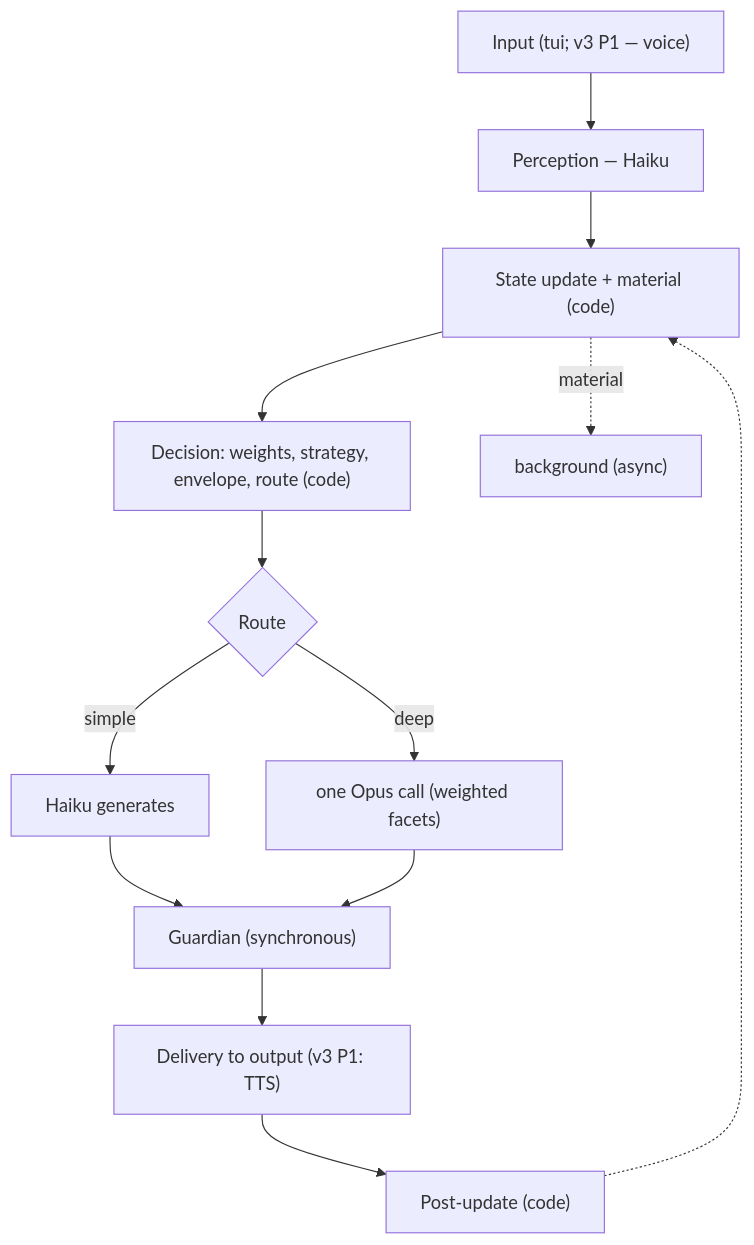
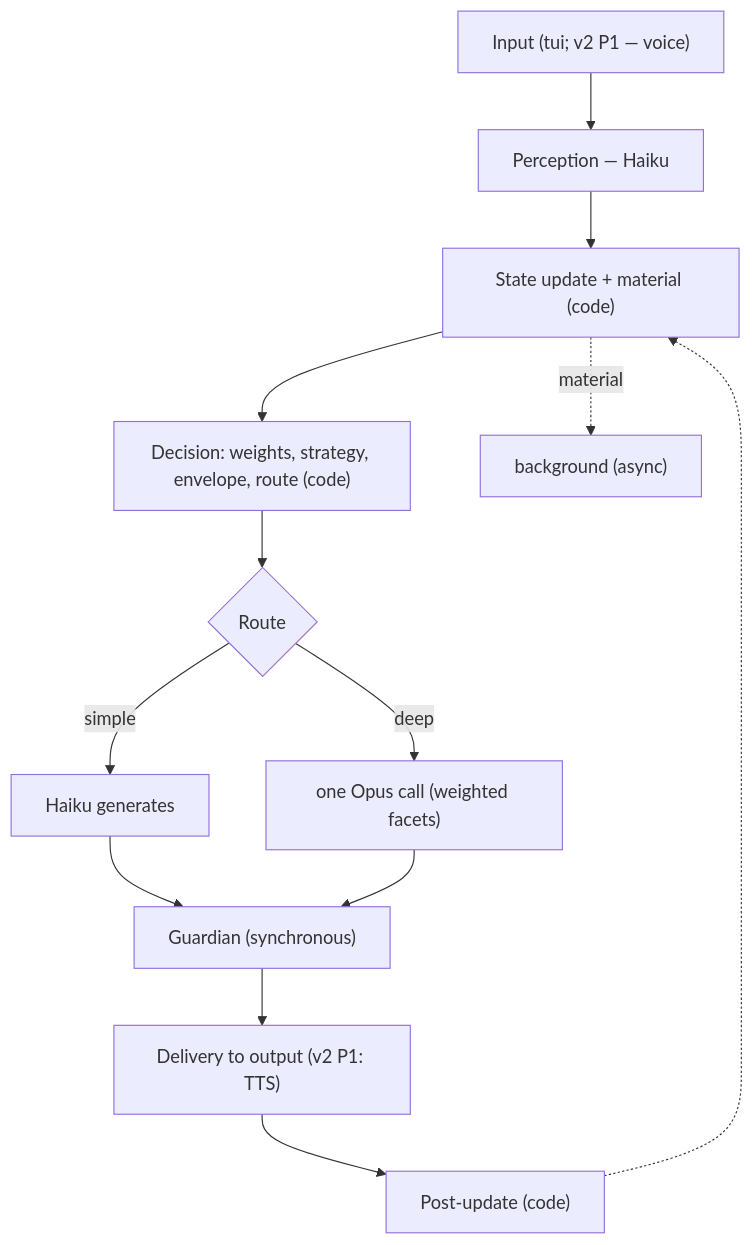
Before and after one commit to ichMaster/vani: the third of 5 diagrams in specification/architecture/architecture-v0.1.en.md, drawn with Mermaid. The commit also changed other lines of this file and 21 other files, not shown here.

````diff
--- a/specification/architecture/architecture-v0.1.en.md
+++ b/specification/architecture/architecture-v0.1.en.md
@@ -149,15 +149,15 @@
 ```mermaid
 flowchart TB
-  IN["Input (tui; v3 P1 — voice)"] --> P1["Perception — Haiku"]
+  IN["Input (tui; v2 P1 — voice)"] --> P1["Perception — Haiku"]
   P1 --> P2["State update + material (code)"]
   P2 --> P3["Decision: weights, strategy, envelope, route (code)"]
   P3 --> R{"Route"}
   R -->|simple| HA["Haiku generates"]
   R -->|deep| OP["one Opus call (weighted facets)"]
   HA --> GU["Guardian (synchronous)"]
   OP --> GU
-  GU --> OUT["Delivery to output (v3 P1: TTS)"]
+  GU --> OUT["Delivery to output (v2 P1: TTS)"]
   OUT --> P5["Post-update (code)"]
   P5 -.-> P2
   P2 -. "material" .-> BG["background (async)"]
 ```
````
